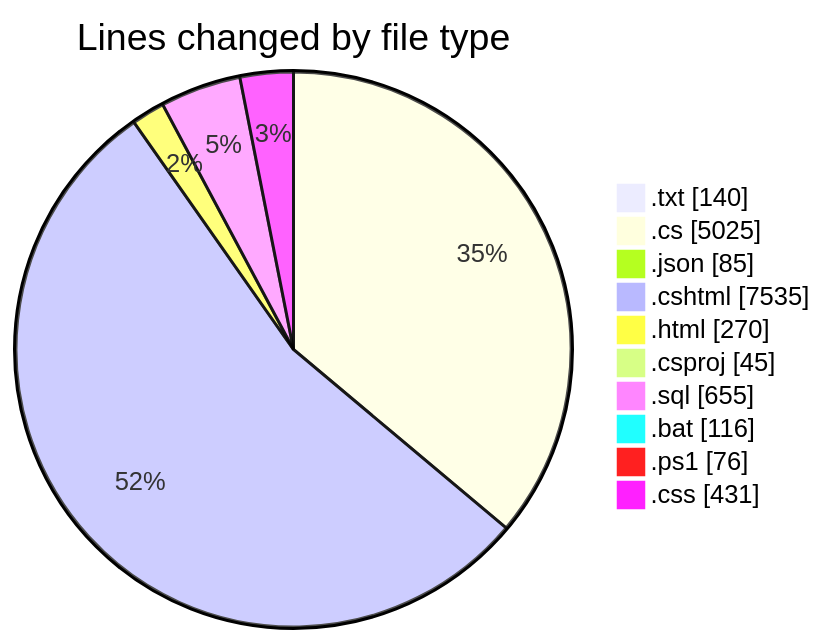
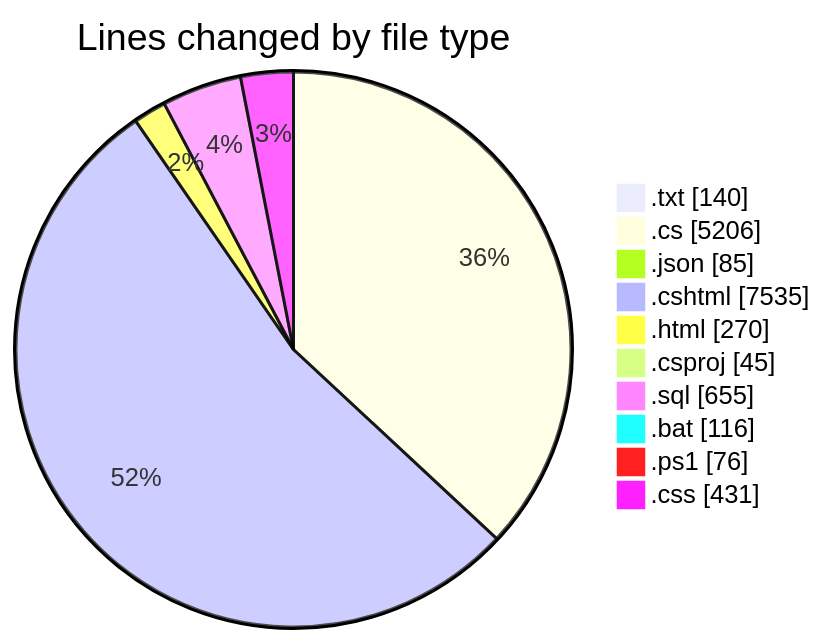
One commit to lephambinh05/code-tracking changed the first of 2 diagrams in 2025-07-27/quanlyrapchieuphim-1/README.md. Above: the diagram before and after it, drawn with Mermaid. The commit also changed other lines of this file and 1 other file, not shown here.

````diff
--- a/2025-07-27/quanlyrapchieuphim-1/README.md
+++ b/2025-07-27/quanlyrapchieuphim-1/README.md
@@ -73,14 +75,14 @@
 ```mermaid
 pie showData
 title Lines changed by file type
 ".txt" : 140
-".cs" : 5025
+".cs" : 5206
 ".json" : 85
 ".cshtml" : 7535
 ".html" : 270
 ".csproj" : 45
 ".sql" : 655
 ".bat" : 116
 ".ps1" : 76
 ".css" : 431
 ```
````
